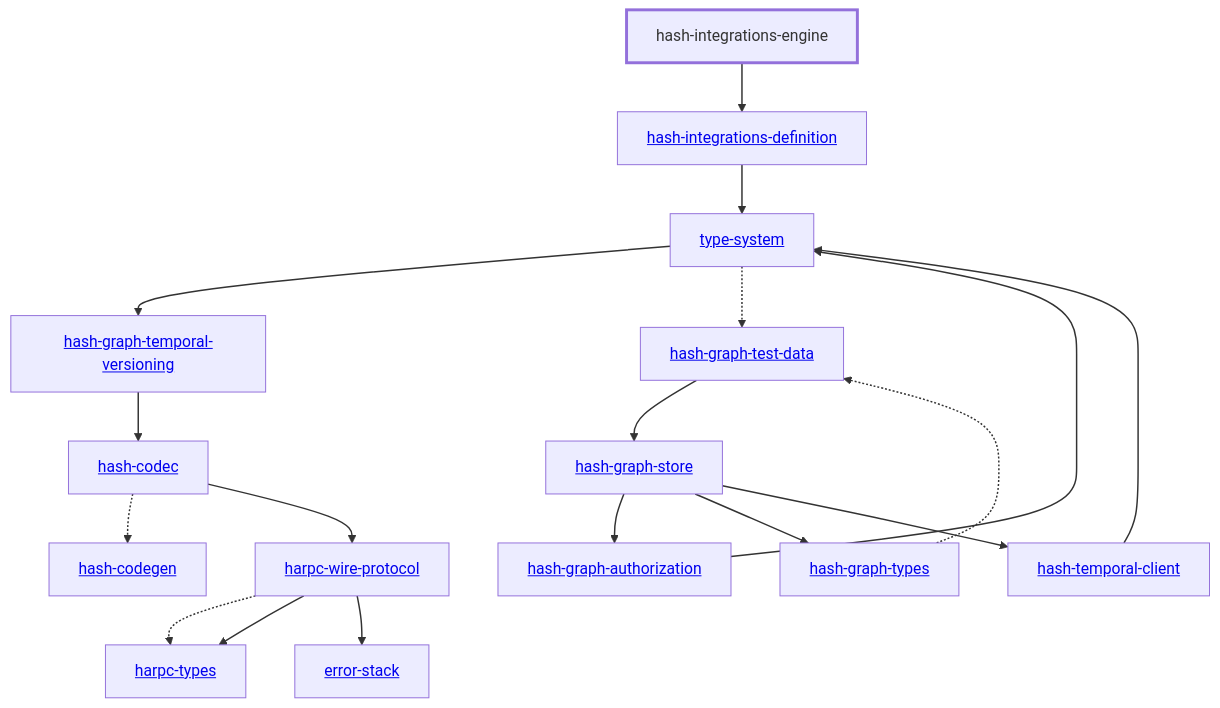
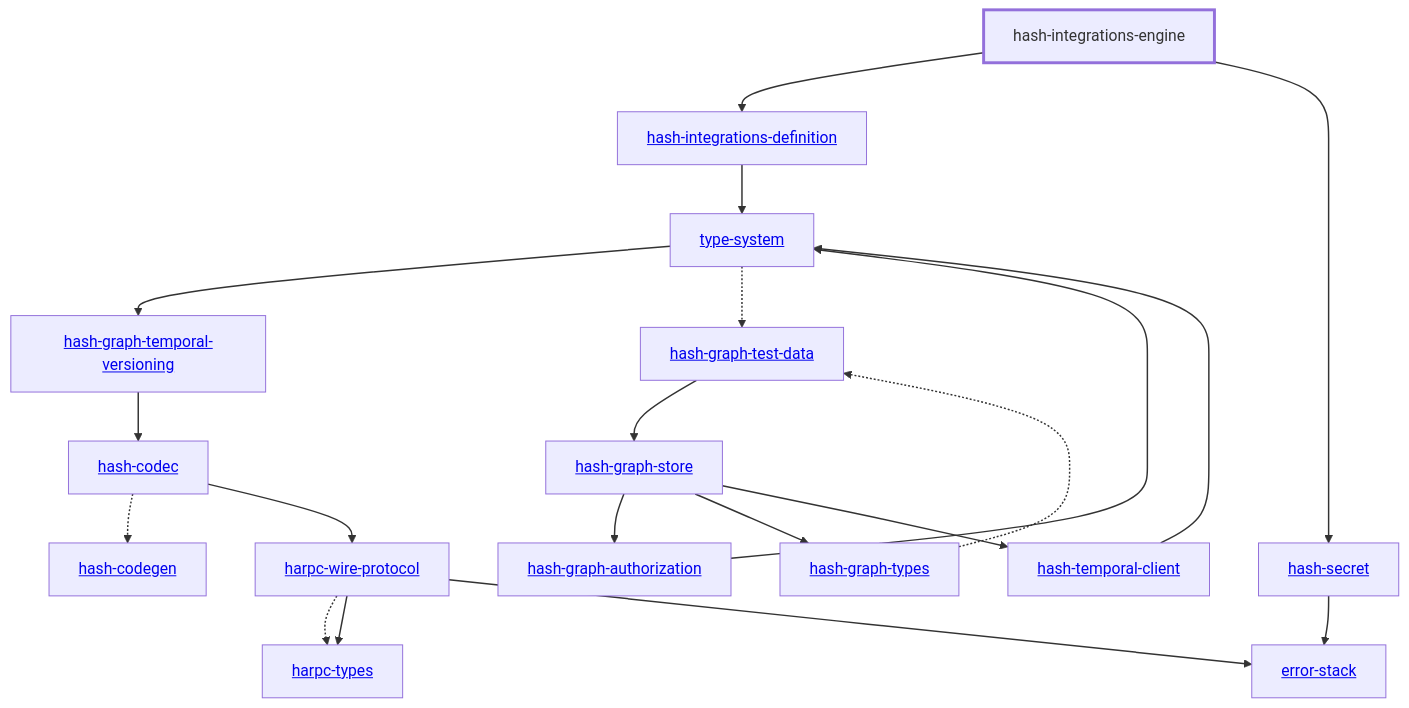
Before and after one commit to hashintel/hash: the diagram in libs/@local/integrations/engine/docs/dependency-diagram.mmd, drawn with Mermaid. The commit also changed 9 other files, not shown here.

Commit message:
Resolve integration secrets through Graph and Vault

```diff
--- a/libs/@local/integrations/engine/docs/dependency-diagram.mmd
+++ b/libs/@local/integrations/engine/docs/dependency-diagram.mmd
@@ -1,42 +1,45 @@
 graph TD
     linkStyle default stroke-width:1.5px
     classDef default stroke-width:1px
     classDef root stroke-width:3px
     classDef dev stroke-width:1px
     classDef build stroke-width:1px
     %% Legend
     %% --> : Normal dependency
     %% -.-> : Dev dependency
     %% ---> : Build dependency
     0[<a href="../type_system/index.html">type-system</a>]
     1[<a href="../hash_codec/index.html">hash-codec</a>]
     2[<a href="../hash_codegen/index.html">hash-codegen</a>]
     3[<a href="../hash_graph_authorization/index.html">hash-graph-authorization</a>]
     4[<a href="../hash_graph_store/index.html">hash-graph-store</a>]
     5[<a href="../hash_graph_temporal_versioning/index.html">hash-graph-temporal-versioning</a>]
     6[<a href="../hash_graph_types/index.html">hash-graph-types</a>]
     7[<a href="../harpc_types/index.html">harpc-types</a>]
     8[<a href="../harpc_wire_protocol/index.html">harpc-wire-protocol</a>]
     9[<a href="../hash_integrations_definition/index.html">hash-integrations-definition</a>]
     10[hash-integrations-engine]
     class 10 root
-    11[<a href="../hash_temporal_client/index.html">hash-temporal-client</a>]
-    12[<a href="../error_stack/index.html">error-stack</a>]
-    13[<a href="../hash_graph_test_data/index.html">hash-graph-test-data</a>]
+    11[<a href="../hash_secret/index.html">hash-secret</a>]
+    12[<a href="../hash_temporal_client/index.html">hash-temporal-client</a>]
+    13[<a href="../error_stack/index.html">error-stack</a>]
+    14[<a href="../hash_graph_test_data/index.html">hash-graph-test-data</a>]
     0 --> 5
-    0 -.-> 13
+    0 -.-> 14
     1 -.-> 2
     1 --> 8
     3 --> 0
     4 --> 3
     4 --> 6
-    4 --> 11
+    4 --> 12
     5 --> 1
-    6 -.-> 13
+    6 -.-> 14
     8 -.-> 7
     8 --> 7
-    8 --> 12
+    8 --> 13
     9 --> 0
     10 --> 9
-    11 --> 0
-    13 --> 4
+    10 --> 11
+    11 --> 13
+    12 --> 0
+    14 --> 4
```
